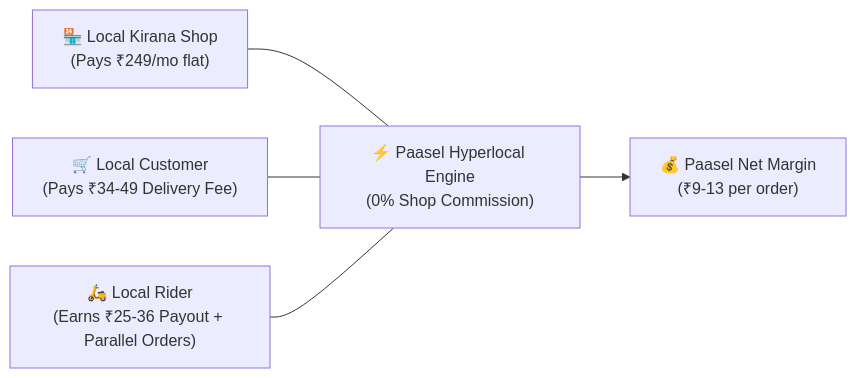
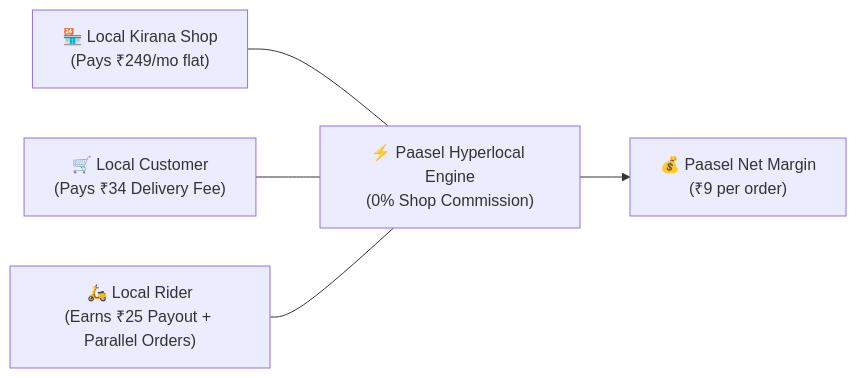
The second of 7 diagrams in INVESTOR_PITCH_DECK.md (amangovindrao/passel), drawn with Mermaid before and after one commit. The commit also changed other lines of this file and 1 other file, not shown here.

Commit message:
docs: update fee model to flat ₹34 delivery fee (₹25 rider payout, ₹9 platform) & add Free Delivery promo note

````diff
--- a/INVESTOR_PITCH_DECK.md
+++ b/INVESTOR_PITCH_DECK.md
@@ -37,7 +37,7 @@
 ```mermaid
 graph LR
     Shop["🏪 Local Kirana Shop<br/>(Pays ₹249/mo flat)"] --- Platform["⚡ Paasel Hyperlocal Engine<br/>(0% Shop Commission)"]
-    Customer["🛒 Local Customer<br/>(Pays ₹34-49 Delivery Fee)"] --- Platform
-    Rider["🛵 Local Rider<br/>(Earns ₹25-36 Payout + Parallel Orders)"] --- Platform
-    Platform --> Profit["💰 Paasel Net Margin<br/>(₹9-13 per order)"]
+    Customer["🛒 Local Customer<br/>(Pays ₹34 Delivery Fee)"] --- Platform
+    Rider["🛵 Local Rider<br/>(Earns ₹25 Payout + Parallel Orders)"] --- Platform
+    Platform --> Profit["💰 Paasel Net Margin<br/>(₹9 per order)"]
 ```
````
